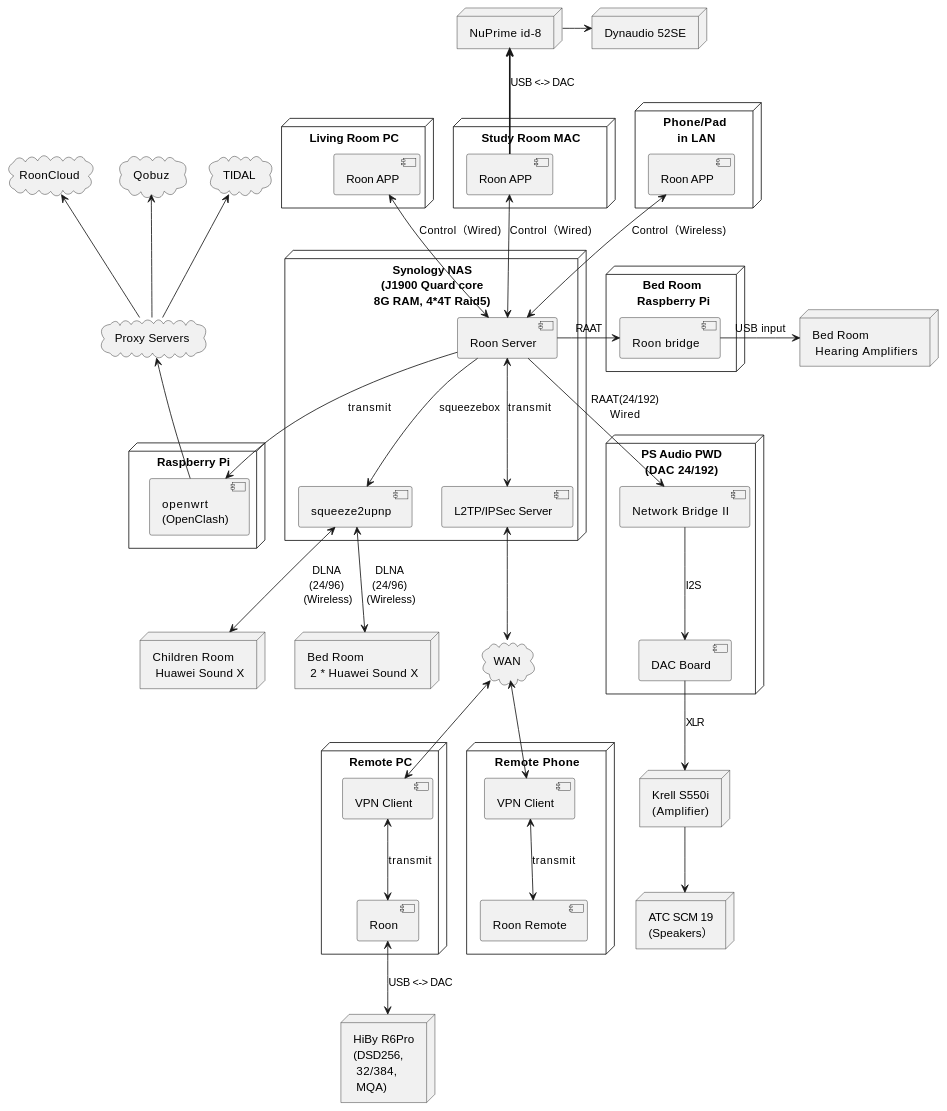
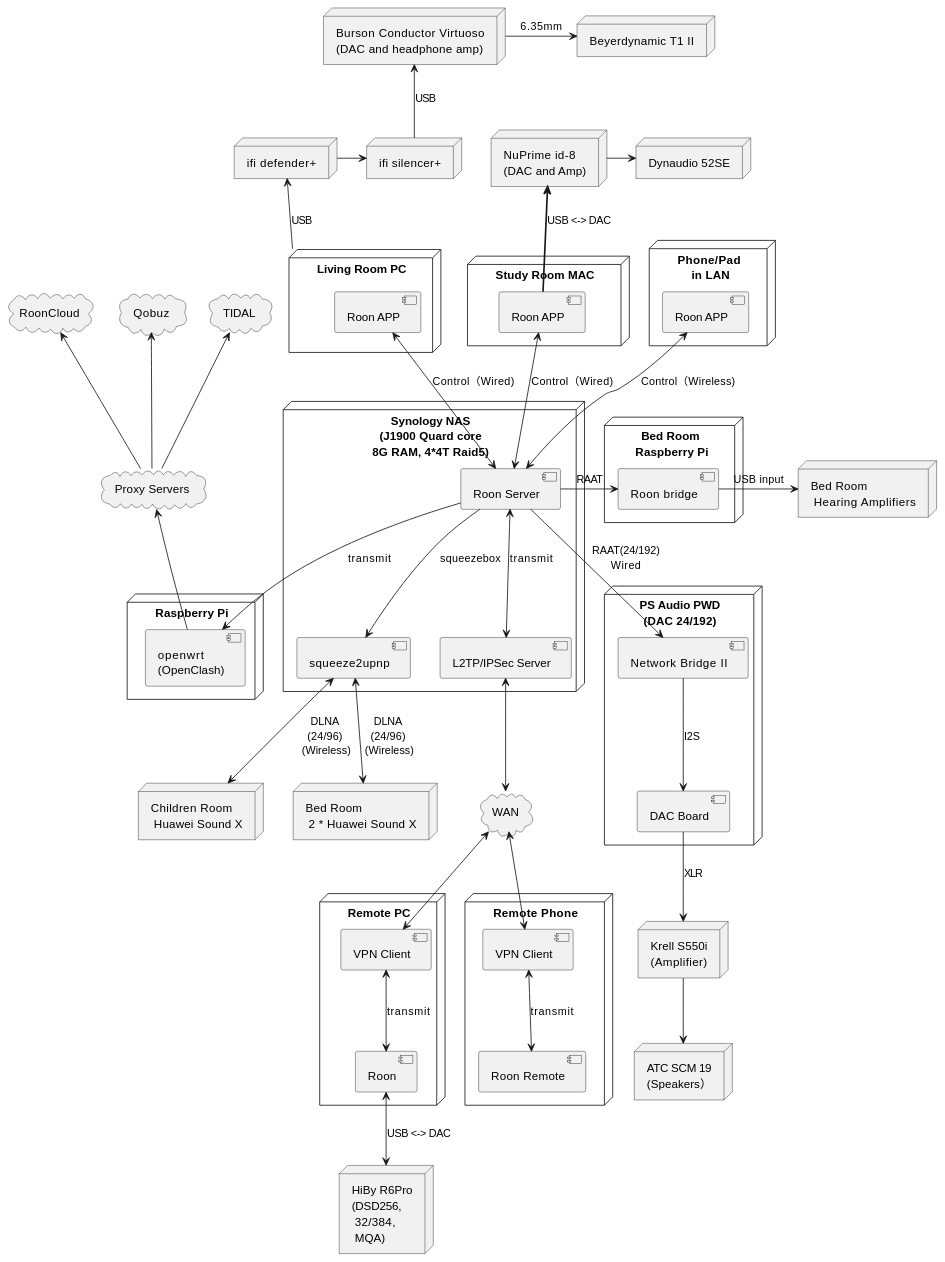
The second of 7 diagrams in digital/Roon/experience.md (hjianhao/docs), drawn with PlantUML before and after one commit.

```diff
--- a/digital/Roon/experience.md
+++ b/digital/Roon/experience.md
@@ -175,12 +175,25 @@
     roon3 <--> roon : Control（Wired)
 }
 
+node "ifi defender+" as defender
+node "ifi silencer+" as silencer
+
+pc -U-> defender : USB
+defender -> silencer
+
+node "Burson Conductor Virtuoso\n(DAC and headphone amp)" as burson
+
+silencer -U-> burson : USB
+
+node "Beyerdynamic T1 II" as t1
+burson -> t1 : 6.35mm
+
 node "Study Room MAC" as mac {
     component "Roon APP" as roon5
     roon5 <--> roon : Control（Wired)
 }
 
-node "NuPrime id-8" as dac1
+node "NuPrime id-8\n(DAC and Amp)" as dac1
 roon5 -u=> dac1 : USB <-> DAC
 node "Dynaudio 52SE" as speaker1
 dac1 -> speaker1 
```
